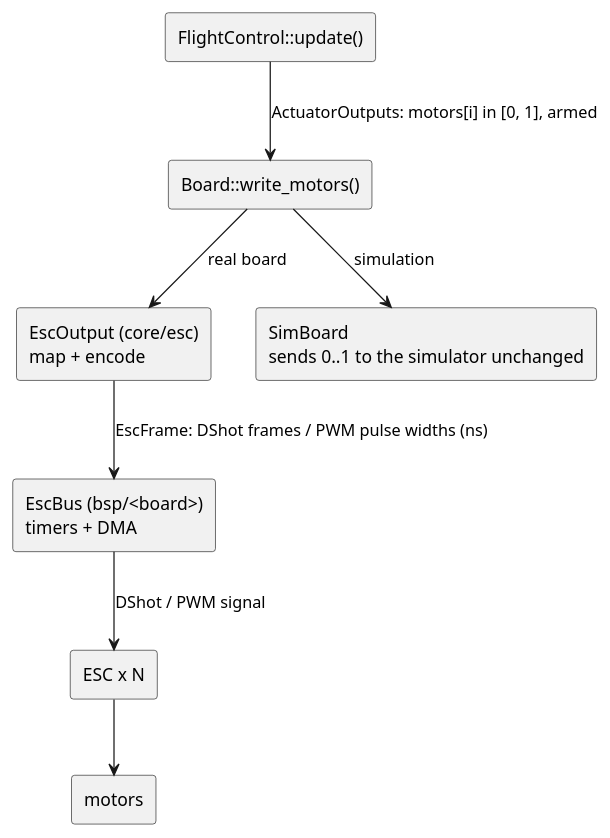
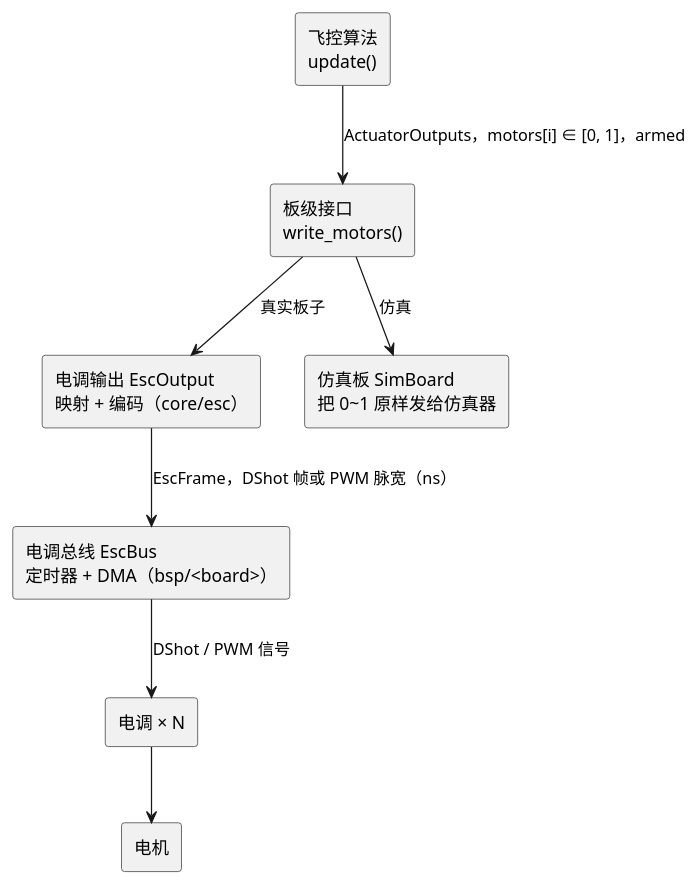
One commit to ravii/ruhnix-flight-system changed the diagram in docs/diagrams/fc-motor-output.puml. Above: the diagram before and after it, drawn with PlantUML. The commit also changed 12 other files, not shown here.

First line of the commit message:
docs: Chinese PlantUML diagrams without ":" in element names

```diff
--- a/docs/diagrams/fc-motor-output.puml
+++ b/docs/diagrams/fc-motor-output.puml
@@ -1,20 +1,20 @@
 @startuml
 ' rfs-diagram: fc-motor-output
 skinparam componentStyle rectangle
 skinparam shadowing false
 
-component "FlightControl::update()" as FCU
-component "Board::write_motors()" as WM
-component "EscOutput (core/esc)\nmap + encode" as EO
-component "SimBoard\nsends 0..1 to the simulator unchanged" as SB
-component "EscBus (bsp/~<board>)\ntimers + DMA" as EB
-component "ESC x N" as ESC
-component "motors" as MOT
+component "飞控算法\nupdate()" as FCU
+component "板级接口\nwrite_motors()" as WM
+component "电调输出 EscOutput\n映射 + 编码（core/esc）" as EO
+component "仿真板 SimBoard\n把 0~1 原样发给仿真器" as SB
+component "电调总线 EscBus\n定时器 + DMA（bsp/~<board>）" as EB
+component "电调 × N" as ESC
+component "电机" as MOT
 
-FCU --> WM : ActuatorOutputs: motors[i] in [0, 1], armed
-WM --> EO : real board
-WM --> SB : simulation
-EO --> EB : EscFrame: DShot frames / PWM pulse widths (ns)
-EB --> ESC : DShot / PWM signal
+FCU --> WM : ActuatorOutputs，motors[i] ∈ [0, 1]，armed
+WM --> EO : 真实板子
+WM --> SB : 仿真
+EO --> EB : EscFrame，DShot 帧或 PWM 脉宽（ns）
+EB --> ESC : DShot / PWM 信号
 ESC --> MOT
 @enduml
```
